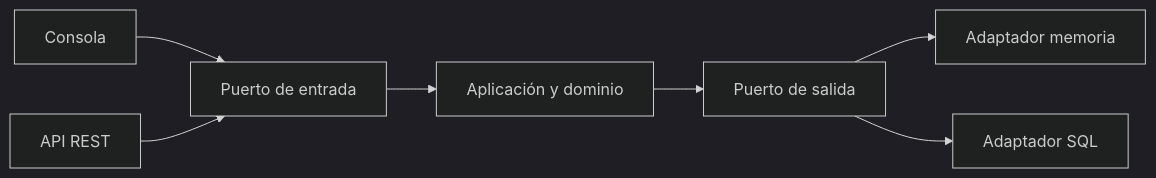
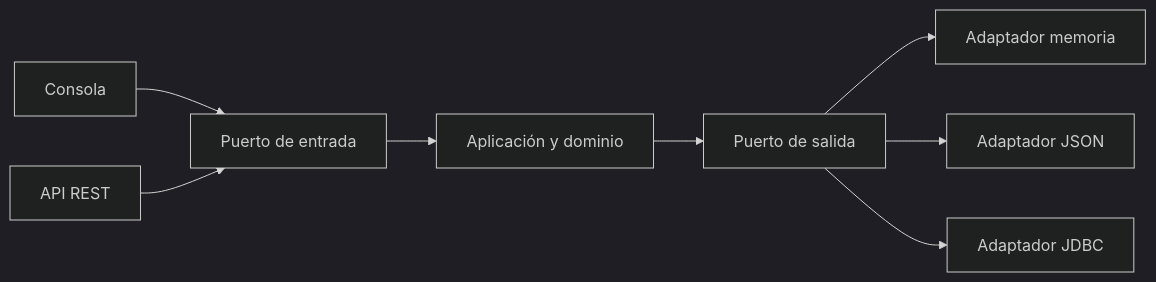
The diagram in Arquitectura/README.md (javierfausgmail/ACD), drawn with Mermaid (dark theme) before and after one commit. The commit also changed other lines of this file, not shown here.

Commit message:
Añade adaptador JSON guiado a arquitectura hexagonal

```diff
--- a/Arquitectura/README.md
+++ b/Arquitectura/README.md
@@ -284,12 +284,13 @@
 ~~~mermaid
 flowchart LR
     CLI[Consola] --> IN[Puerto de entrada]
     REST[API REST] --> IN
 
     IN --> APP[Aplicación y dominio]
 
     APP --> OUT[Puerto de salida]
 
     OUT --> MEM[Adaptador memoria]
-    OUT --> SQL[Adaptador SQL]
+    OUT --> JSON[Adaptador JSON]
+    OUT --> SQL[Adaptador JDBC]
 ~~~
```
